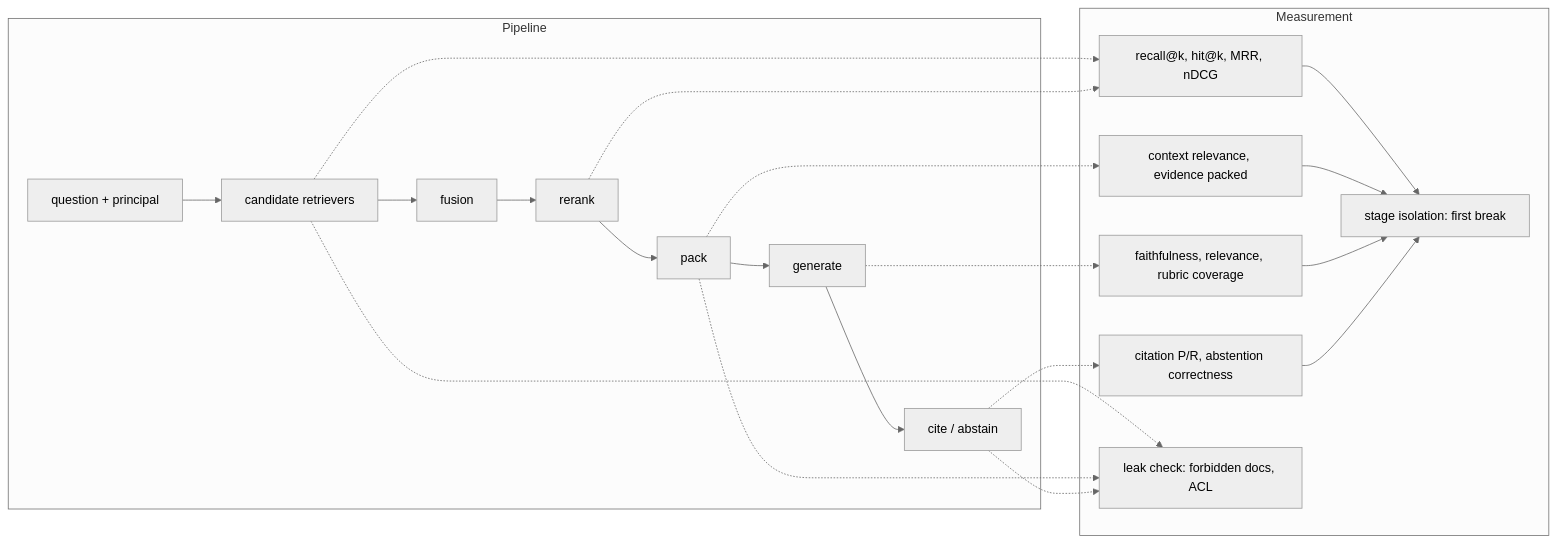
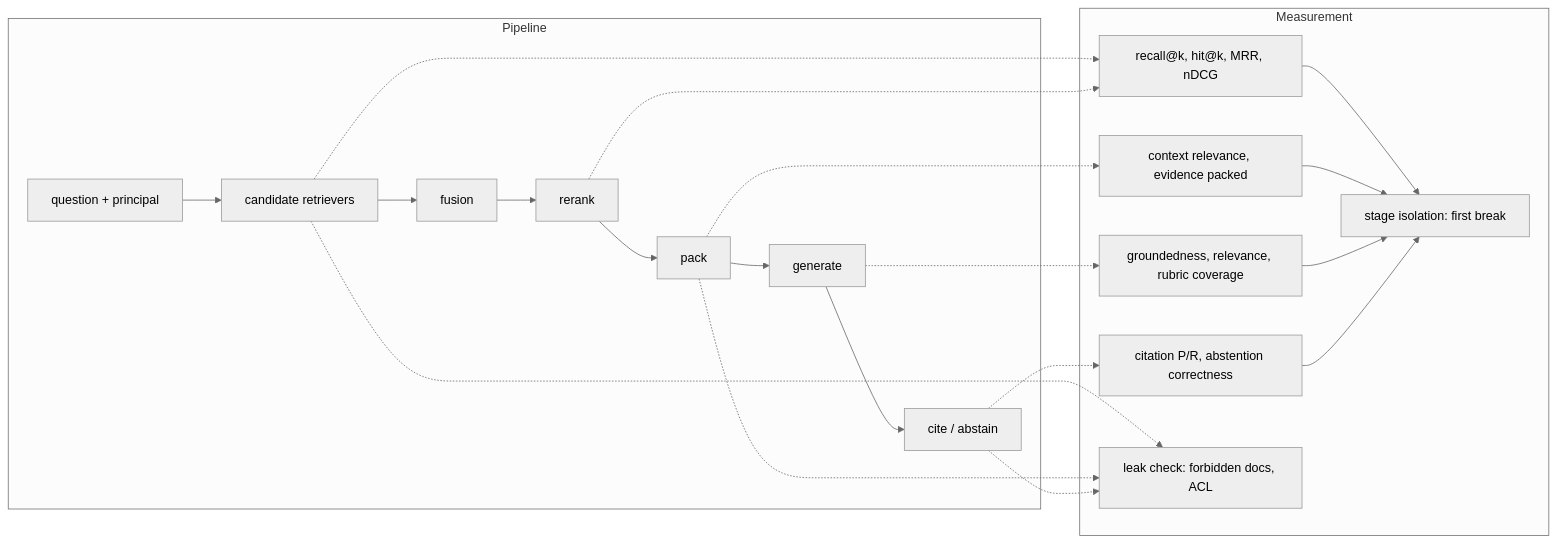
Before and after one commit to XayyamSadigov/ai-engineering-book: the first of 4 diagrams in book/chapters/14-rag-evaluation.md, drawn with Mermaid (neutral theme). The commit also changed other lines of this file and 6 other files, not shown here.

First line of the commit message:
Use one evaluation vocabulary: groundedness vs faithfulness

````diff
--- a/book/chapters/14-rag-evaluation.md
+++ b/book/chapters/14-rag-evaluation.md
@@ -39,31 +39,31 @@
 ```mermaid
 flowchart LR
     subgraph Pipeline
         Q[question + principal] --> C[candidate retrievers]
         C --> F[fusion]
         F --> R[rerank]
         R --> P[pack]
         P --> G[generate]
         G --> V[cite / abstain]
     end
     subgraph Measurement
         M1["recall@k, hit@k, MRR, nDCG"]
         M2["context relevance, evidence packed"]
-        M3["faithfulness, relevance, rubric coverage"]
+        M3["groundedness, relevance, rubric coverage"]
         M4["citation P/R, abstention correctness"]
         M5["leak check: forbidden docs, ACL"]
         M6["stage isolation: first break"]
     end
     C -.-> M1
     R -.-> M1
     P -.-> M2
     G -.-> M3
     V -.-> M4
     C -.-> M5
     P -.-> M5
     V -.-> M5
     M1 --> M6
     M2 --> M6
     M3 --> M6
     M4 --> M6
 ```
````
